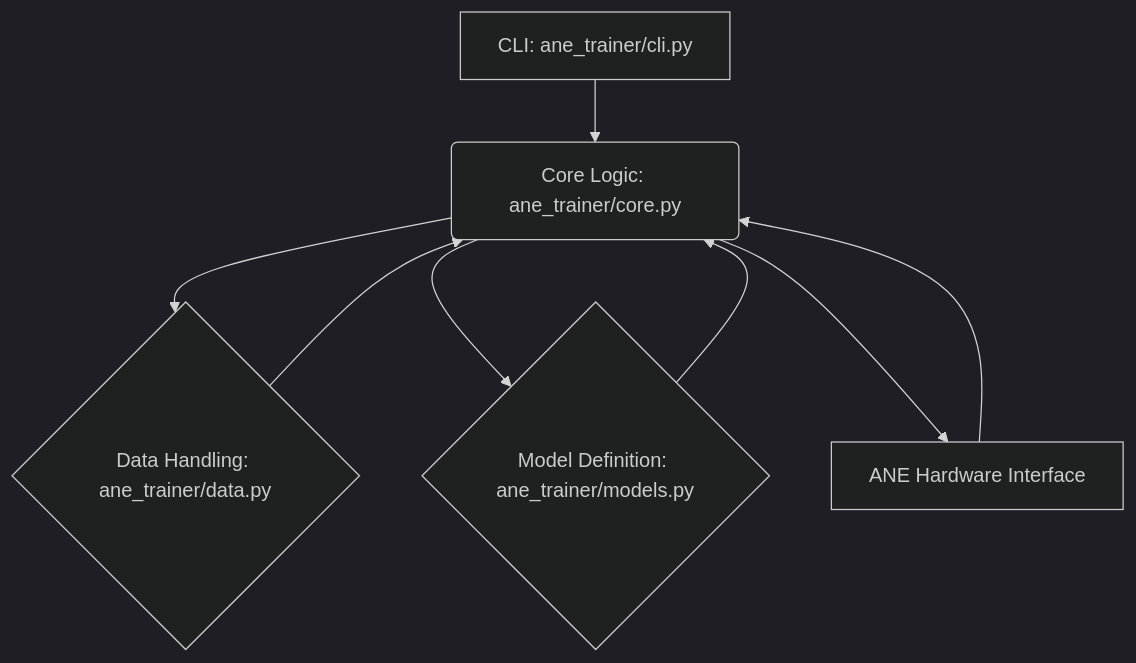
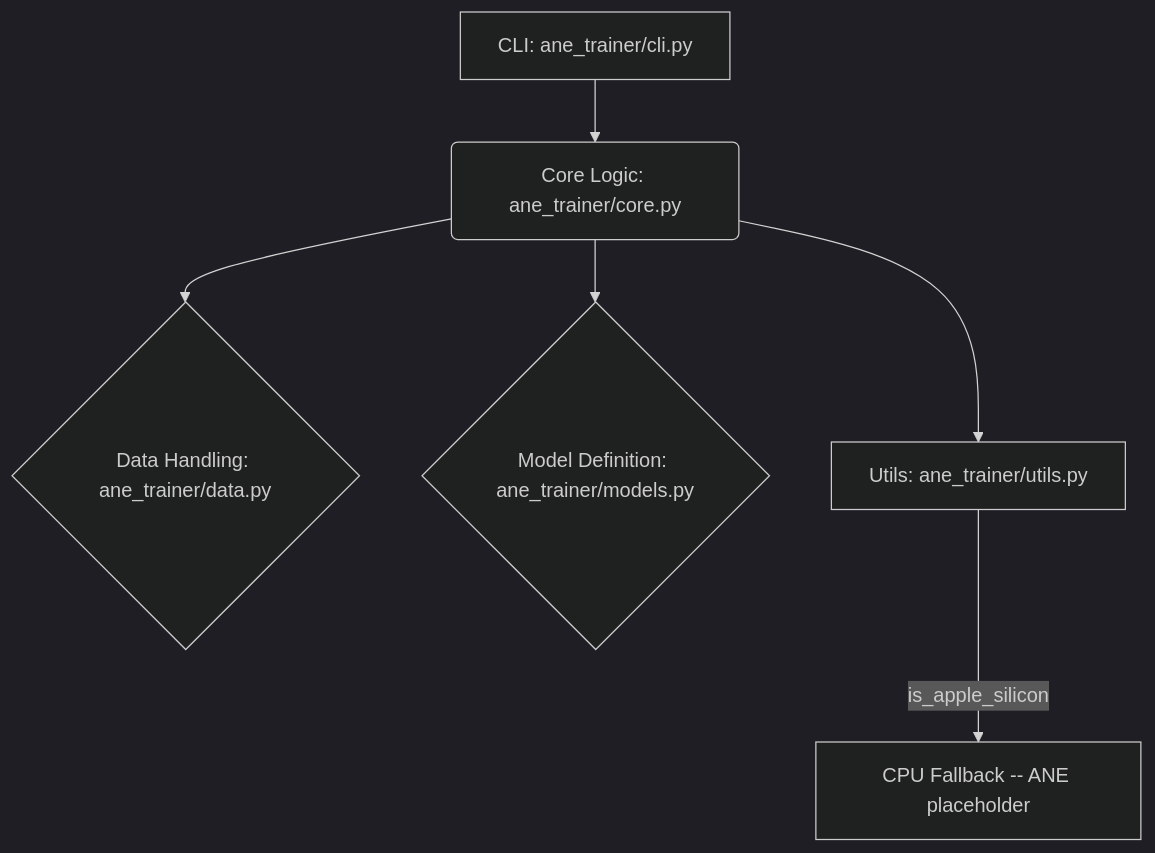
Before and after one commit to Lumi-node/ane-trainer: the diagram in README.md, drawn with Mermaid (dark theme). The commit also changed other lines of this file and 1 other file, not shown here.

Commit message:
Fix README: correct API examples, honest ANE claims, add torchvision dep

````diff
--- a/README.md
+++ b/README.md
@@ -82,10 +107,8 @@
 ```mermaid
 graph TD
     A[CLI: ane_trainer/cli.py] --> B(Core Logic: ane_trainer/core.py);
     B --> C{Data Handling: ane_trainer/data.py};
     B --> D{Model Definition: ane_trainer/models.py};
-    B --> E[ANE Hardware Interface];
-    C --> B;
-    D --> B;
-    E --> B;
+    B --> E[Utils: ane_trainer/utils.py];
+    E -->|is_apple_silicon| F[CPU Fallback -- ANE placeholder];
 ```
````
